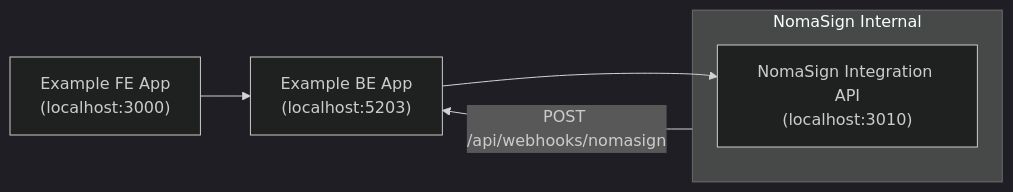
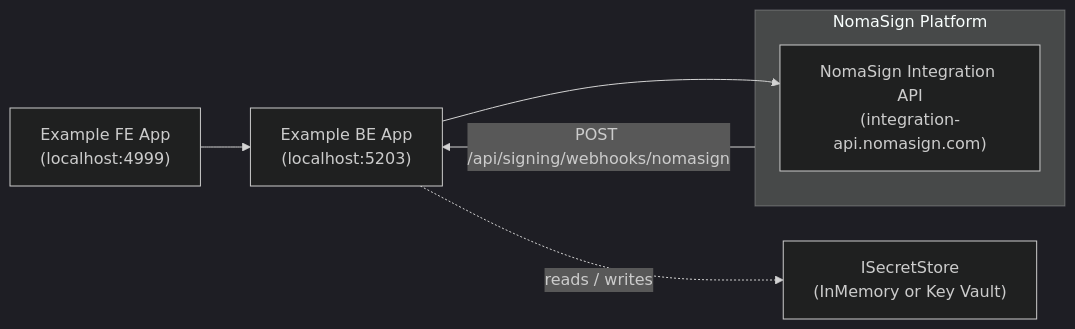
The diagram in docs/architecture/README.md (Nomasign/IntegrationExamples), drawn with Mermaid (dark theme) before and after one commit. The commit also changed other lines of this file and 32 other files, not shown here.

````diff
--- a/docs/architecture/README.md
+++ b/docs/architecture/README.md
@@ -5,11 +5,12 @@
 ```mermaid
 graph LR
-    UI["Example FE App<br/>(localhost:3000)"] --> Backend["Example BE App<br/>(localhost:5203)"]
-    Backend --> API["NomaSign Integration API<br/>(localhost:3010)"]
+    UI["Example FE App<br/>(localhost:4999)"] --> Backend["Example BE App<br/>(localhost:5203)"]
+    Backend --> API["NomaSign Integration API<br/>(integration-api.nomasign.com)"]
+    Backend -.->|reads / writes| Secrets["ISecretStore<br/>(InMemory or Key Vault)"]
 
-    subgraph NomaSign["NomaSign Internal"]
+    subgraph NomaSign["NomaSign Platform"]
         API
     end
 
-    NomaSign -->|"POST /api/webhooks/nomasign"| Backend
+    NomaSign -->|"POST /api/signing/webhooks/nomasign"| Backend
 ```
````
